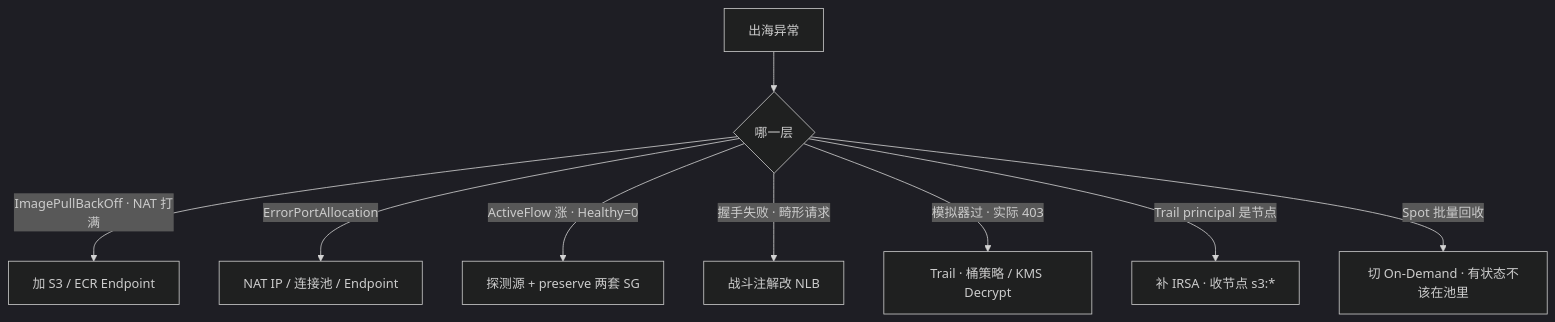
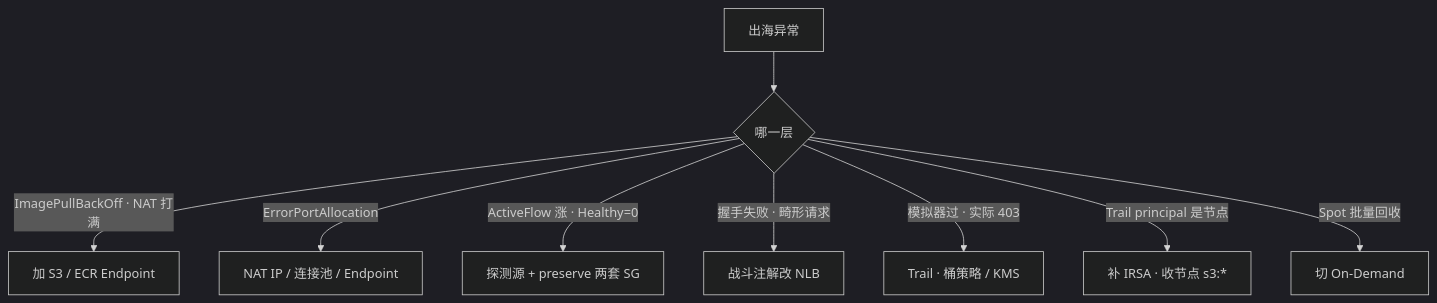
Before and after one commit to ml-cuizijun/LearnToLilith: the seventh of 7 diagrams in 06-云平台/07-AWS生产/知识点.md, drawn with Mermaid (dark theme). The commit also changed other lines of this file and 178 other files, not shown here.

````diff
--- a/06-云平台/07-AWS生产/知识点.md
+++ b/06-云平台/07-AWS生产/知识点.md
@@ -467,11 +409,11 @@
 ```mermaid
 flowchart TB
     A["出海异常"] --> B{"哪一层"}
     B -->|"ImagePullBackOff · NAT 打满"| C["加 S3 / ECR Endpoint"]
     B -->|"ErrorPortAllocation"| D["NAT IP / 连接池 / Endpoint"]
     B -->|"ActiveFlow 涨 · Healthy=0"| E["探测源 + preserve 两套 SG"]
     B -->|"握手失败 · 畸形请求"| F["战斗注解改 NLB"]
-    B -->|"模拟器过 · 实际 403"| G["Trail · 桶策略 / KMS Decrypt"]
+    B -->|"模拟器过 · 实际 403"| G["Trail · 桶策略 / KMS"]
     B -->|"Trail principal 是节点"| H["补 IRSA · 收节点 s3:*"]
-    B -->|"Spot 批量回收"| I["切 On-Demand · 有状态不该在池里"]
+    B -->|"Spot 批量回收"| I["切 On-Demand"]
 ```
````
